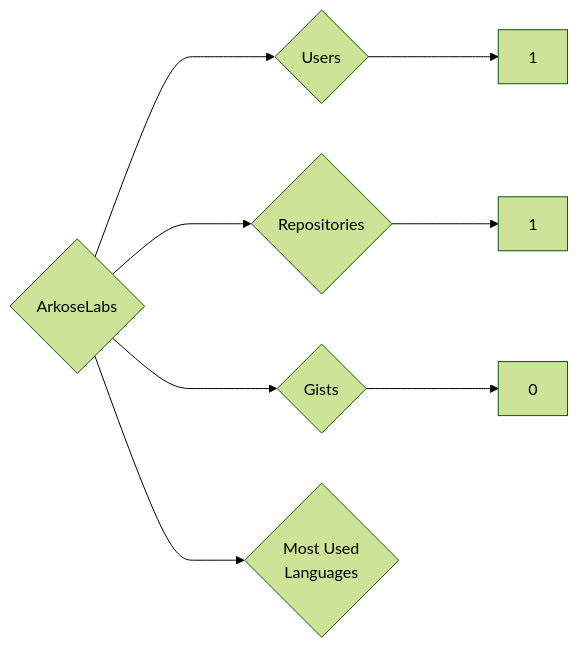
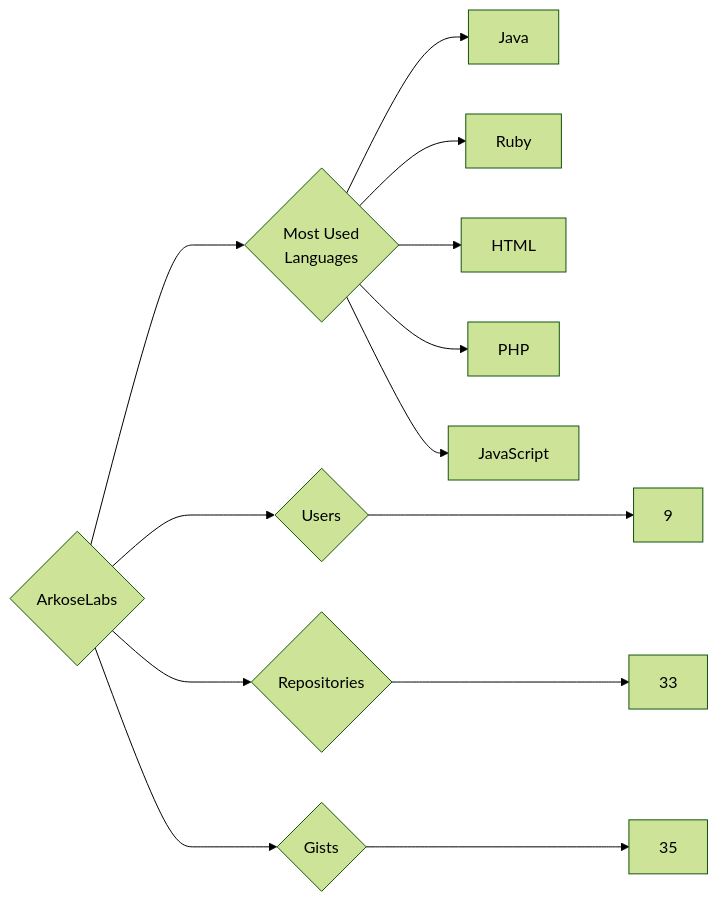
Before and after one commit to trickest/insiders: the diagram in targets/ArkoseLabs/README.md, drawn with Mermaid (forest theme). The commit also changed 1314 other files, not shown here.

````diff
--- a/targets/ArkoseLabs/README.md
+++ b/targets/ArkoseLabs/README.md
@@ -3,8 +3,13 @@
 ```mermaid
 graph LR
 COMPANY_NAME{ArkoseLabs}
-COMPANY_NAME ---> U{Users} ---> UN[1]
-COMPANY_NAME ---> R{Repositories} ---> RN[1]
-COMPANY_NAME ---> G{Gists} ---> GN[0]
+COMPANY_NAME ---> U{Users} ---> UN[9]
+COMPANY_NAME ---> R{Repositories} ---> RN[33]
+COMPANY_NAME ---> G{Gists} ---> GN[35]
 COMPANY_NAME ---> ML{Most Used<br>Languages}
+ML --> Java[Java]
+ML --> Ruby[Ruby]
+ML --> HTML[HTML]
+ML --> PHP[PHP]
+ML --> JavaScript[JavaScript]
 ```
````
